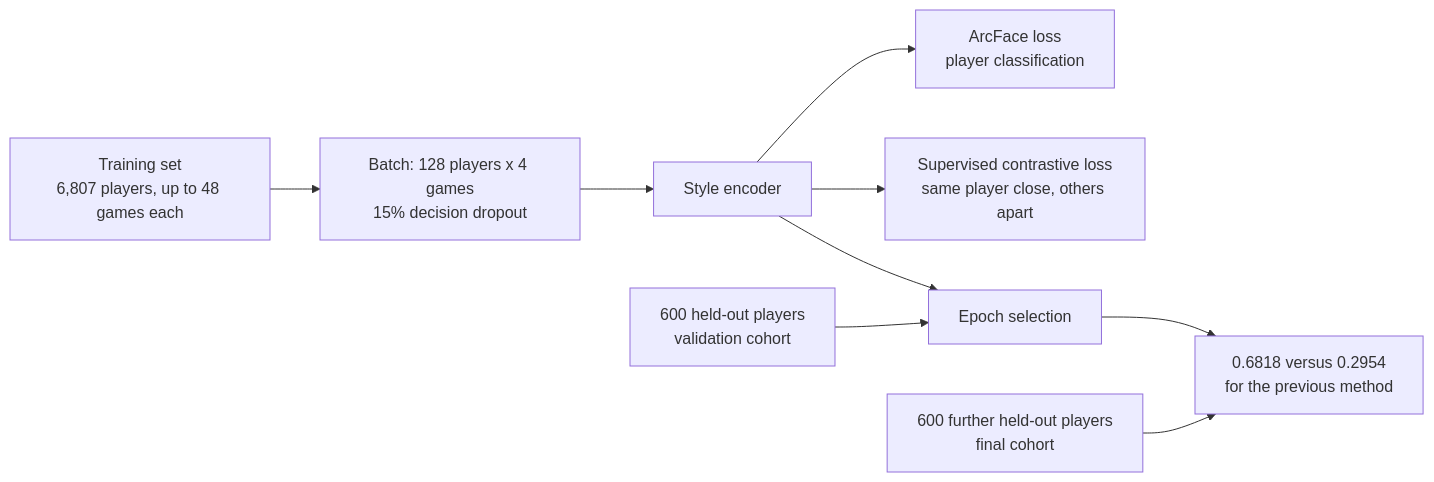
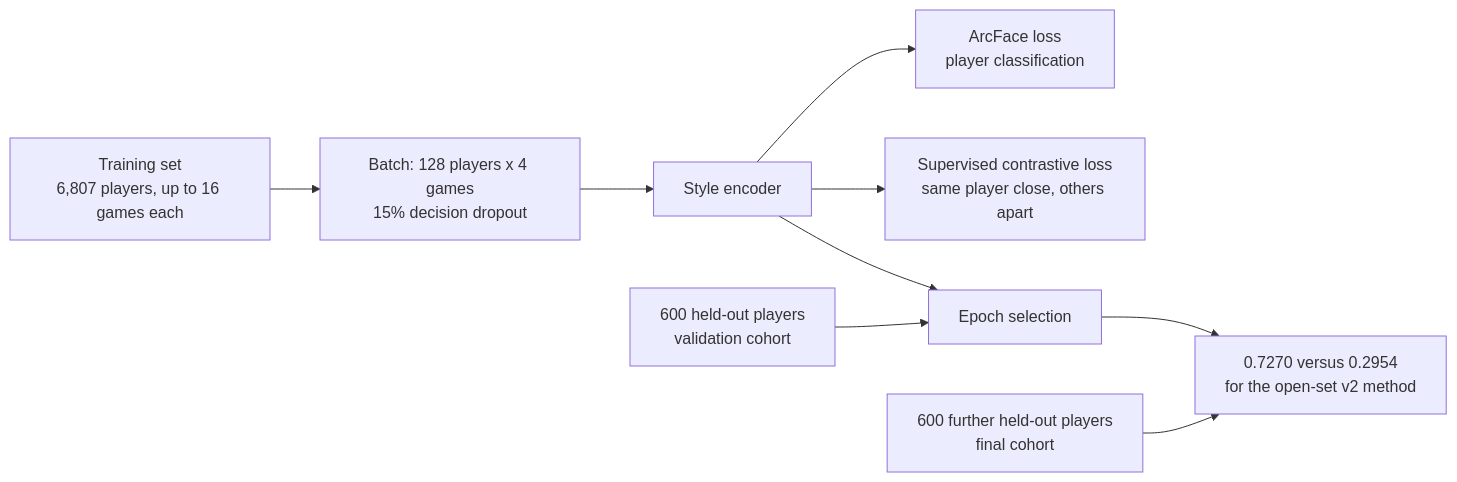
The second of 3 diagrams in README.md (richard880502/AICUP2026_GO), drawn with Mermaid before and after one commit. The commit also changed other lines of this file and 5 other files, not shown here.

````diff
--- a/README.md
+++ b/README.md
@@ -73,11 +71,11 @@
 ```mermaid
 flowchart LR
-    TRAIN["Training set<br/>6,807 players, up to 48 games each"] --> BATCH["Batch: 128 players x 4 games<br/>15% decision dropout"]
+    TRAIN["Training set<br/>6,807 players, up to 16 games each"] --> BATCH["Batch: 128 players x 4 games<br/>15% decision dropout"]
     BATCH --> ENC["Style encoder"]
     ENC --> ARC["ArcFace loss<br/>player classification"]
     ENC --> CON["Supervised contrastive loss<br/>same player close, others apart"]
     VAL["600 held-out players<br/>validation cohort"] --> SELECT["Epoch selection"]
     ENC --> SELECT
-    FINAL["600 further held-out players<br/>final cohort"] --> REPORT["0.6818 versus 0.2954<br/>for the previous method"]
+    FINAL["600 further held-out players<br/>final cohort"] --> REPORT["0.7270 versus 0.2954<br/>for the open-set v2 method"]
     SELECT --> REPORT
 ```
````
